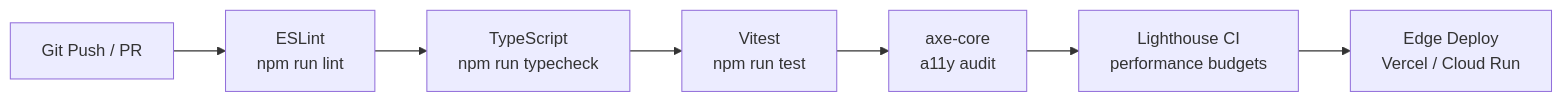
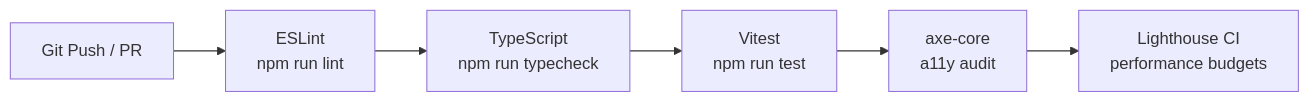
Before and after one commit to LuismGil/movie-explorer: the second of 2 diagrams in README.md, drawn with Mermaid. The commit also changed other lines of this file and 43 other files, not shown here.

````diff
--- a/README.md
+++ b/README.md
@@ -267,9 +179,8 @@
 ```mermaid
 flowchart LR
   Push["Git Push / PR"] --> Lint["ESLint\nnpm run lint"]
   Lint --> Typecheck["TypeScript\nnpm run typecheck"]
   Typecheck --> Test["Vitest\nnpm run test"]
   Test --> A11y["axe-core\na11y audit"]
   A11y --> Lighthouse["Lighthouse CI\nperformance budgets"]
-  Lighthouse --> Deploy["Edge Deploy\nVercel / Cloud Run"]
 ```
````
